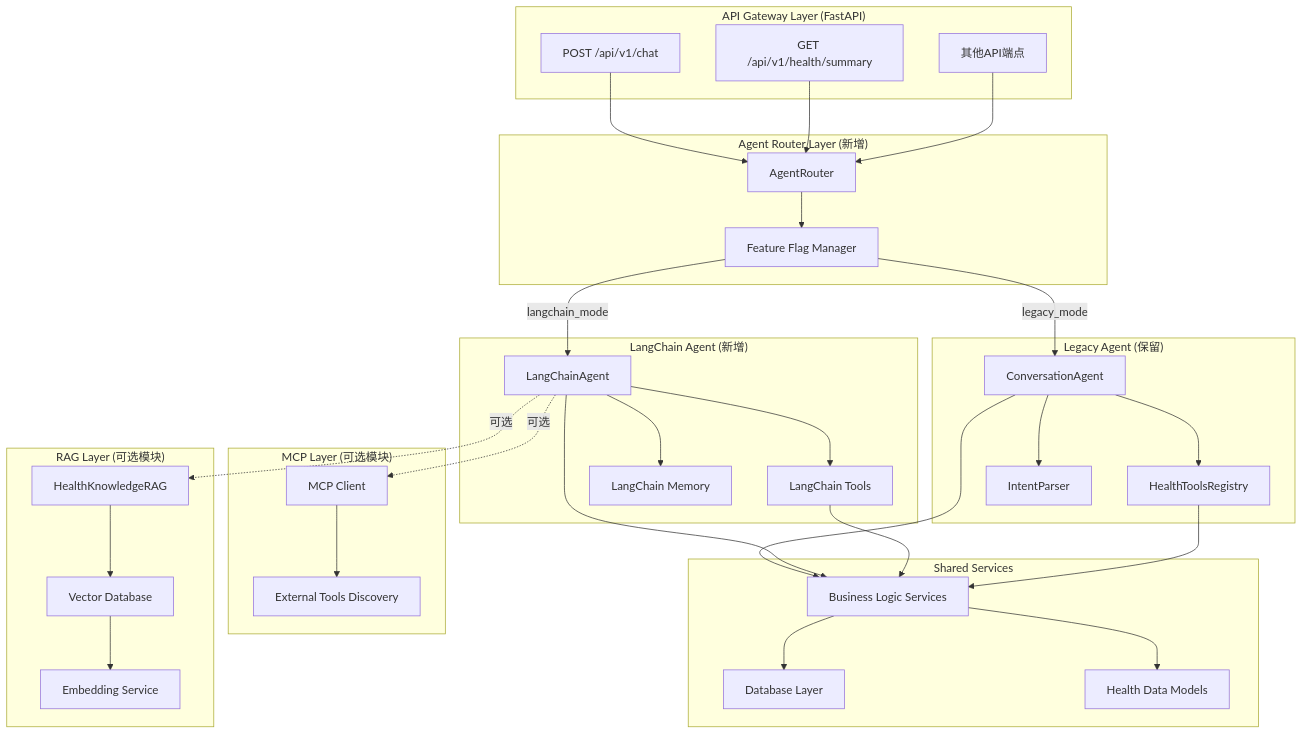
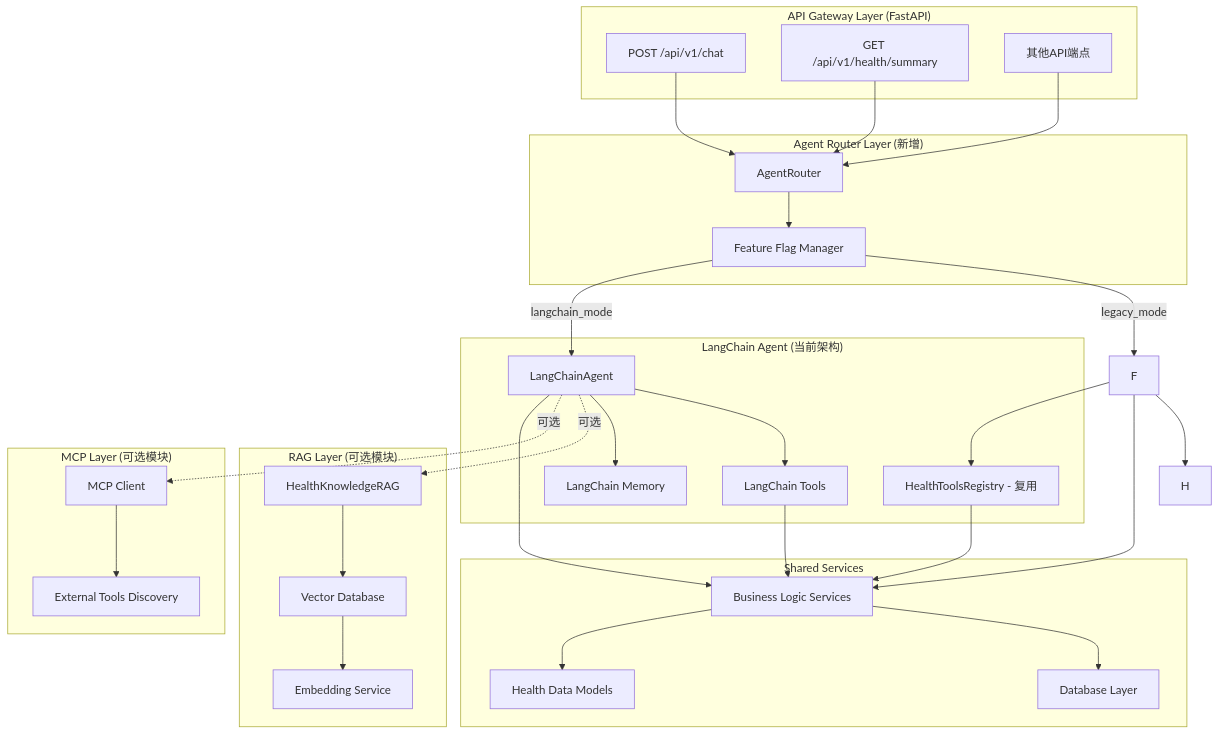
The diagram in docs/issue_28_fixed.md (PrescottClub/AuraWell_Agent), drawn with Mermaid before and after one commit. The commit also changed other lines of this file and 9 other files, not shown here.

````diff
--- a/docs/issue_28_fixed.md
+++ b/docs/issue_28_fixed.md
@@ -34,70 +34,65 @@
 ```mermaid
 graph TD
     subgraph "API Gateway Layer (FastAPI)"
         A[POST /api/v1/chat]
         B[GET /api/v1/health/summary]
         C[其他API端点]
     end
 
     subgraph "Agent Router Layer (新增)"
         D[AgentRouter]
         E[Feature Flag Manager]
     end
 
-    subgraph "Legacy Agent (保留)"
-        F[ConversationAgent]
-        G[HealthToolsRegistry]
-        H[IntentParser]
-    end
-
-    subgraph "LangChain Agent (新增)"
+    subgraph "LangChain Agent (当前架构)"
         I[LangChainAgent]
         J[LangChain Tools]
         K[LangChain Memory]
+        G[HealthToolsRegistry - 复用]
     end
 
     subgraph "RAG Layer (可选模块)"
         L[HealthKnowledgeRAG]
         M[Vector Database]
         N[Embedding Service]
     end
 
     subgraph "MCP Layer (可选模块)"
         O[MCP Client]
         P[External Tools Discovery]
     end
 
     subgraph "Shared Services"
         Q[Database Layer]
         R[Health Data Models]
         S[Business Logic Services]
     end
 
     A --> D
     B --> D
     C --> D
 
     D --> E
     E -->|legacy_mode| F
     E -->|langchain_mode| I
 
     F --> G
     F --> H
     I --> J
     I --> K
 
     I -.->|可选| L
     I -.->|可选| O
 
     L --> M
     M --> N
     O --> P
 
     F --> S
     I --> S
     J --> S
     G --> S
 
     S --> Q
     S --> R
 ```
````
